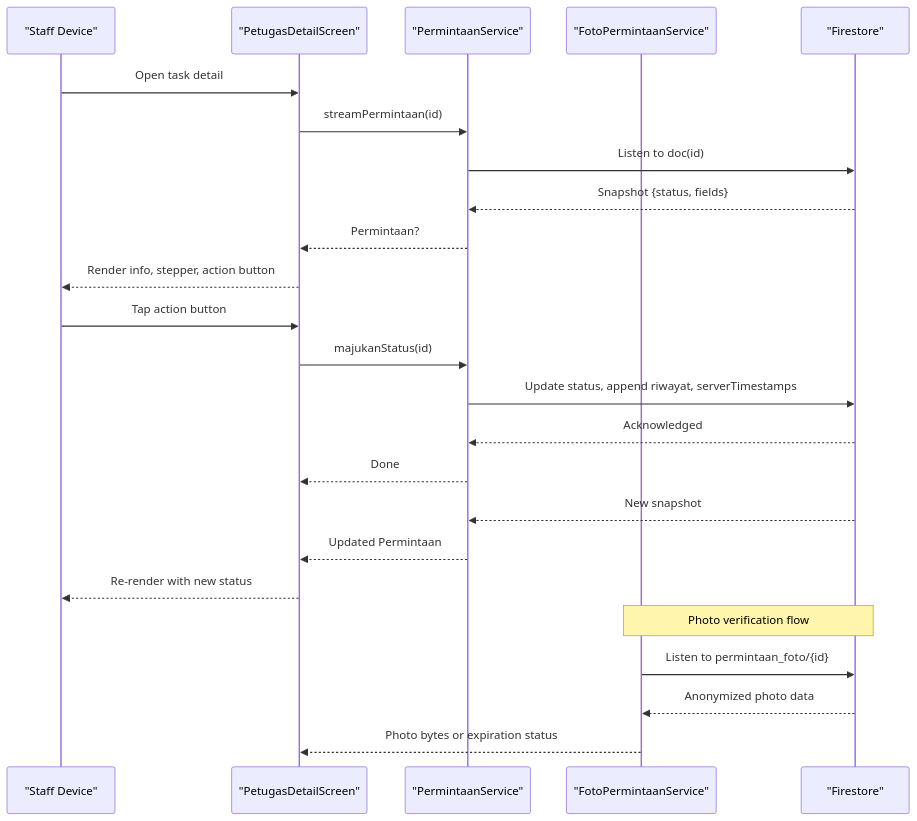
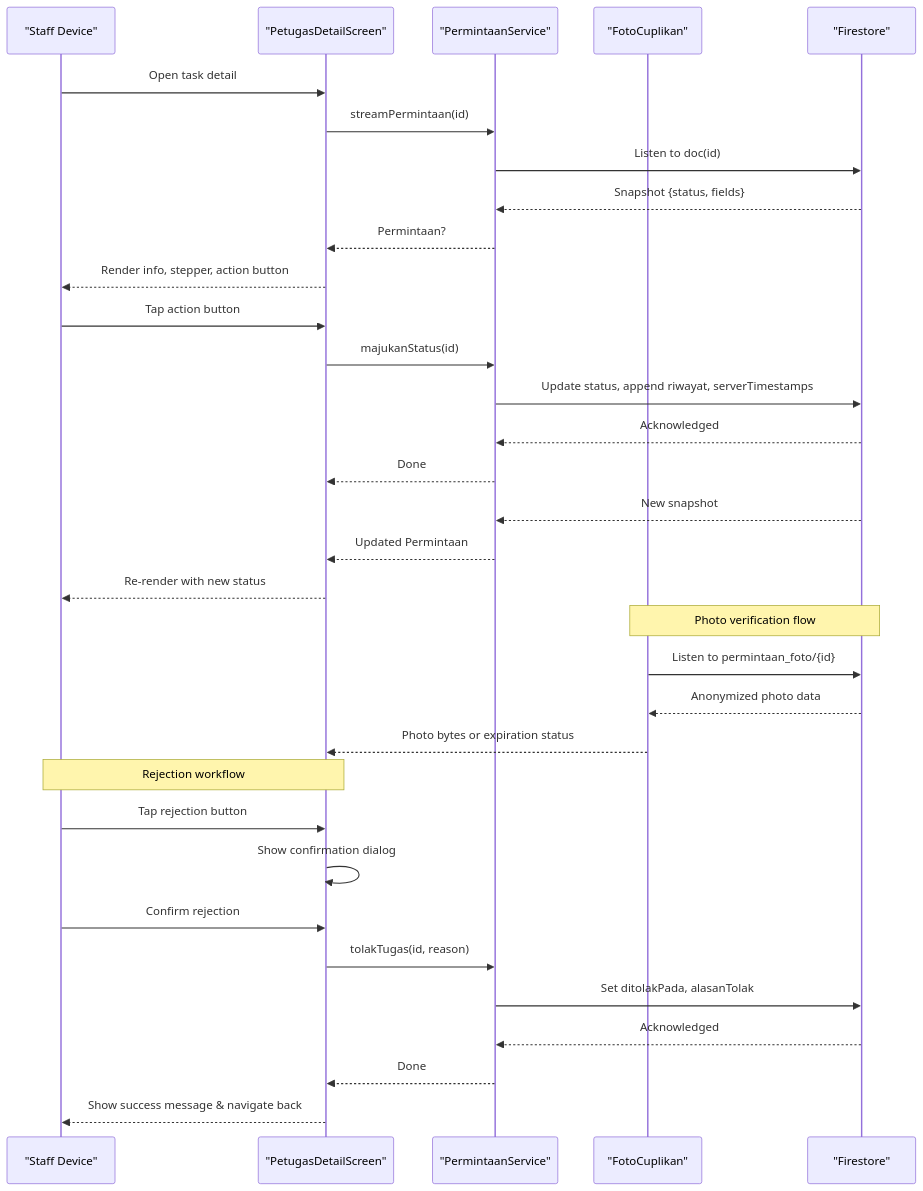
The second of 8 diagrams in .qoder/repowiki/en/content/Mobile Application/Staff Workflow/Task Detail Screen.md (rdsarjito/whoosh-ramah), drawn with Mermaid before and after one commit. The commit also changed other lines of this file and 18 other files, not shown here.

````diff
--- a/.qoder/repowiki/en/content/Mobile Application/Staff Workflow/Task Detail Screen.md
+++ b/.qoder/repowiki/en/content/Mobile Application/Staff Workflow/Task Detail Screen.md
@@ -115,26 +121,35 @@
 ```mermaid
 sequenceDiagram
 participant Staff as "Staff Device"
 participant UI as "PetugasDetailScreen"
 participant Service as "PermintaanService"
-participant PhotoService as "FotoPermintaanService"
+participant PhotoWidget as "FotoCuplikan"
 participant DB as "Firestore"
 Staff->>UI : Open task detail
 UI->>Service : streamPermintaan(id)
 Service->>DB : Listen to doc(id)
 DB-->>Service : Snapshot {status, fields}
 Service-->>UI : Permintaan?
 UI-->>Staff : Render info, stepper, action button
 Staff->>UI : Tap action button
 UI->>Service : majukanStatus(id)
 Service->>DB : Update status, append riwayat, serverTimestamps
 DB-->>Service : Acknowledged
 Service-->>UI : Done
 DB-->>Service : New snapshot
 Service-->>UI : Updated Permintaan
 UI-->>Staff : Re-render with new status
-Note over PhotoService,DB : Photo verification flow
-PhotoService->>DB : Listen to permintaan_foto/{id}
-DB-->>PhotoService : Anonymized photo data
-PhotoService-->>UI : Photo bytes or expiration status
+Note over PhotoWidget,DB : Photo verification flow
+PhotoWidget->>DB : Listen to permintaan_foto/{id}
+DB-->>PhotoWidget : Anonymized photo data
+PhotoWidget-->>UI : Photo bytes or expiration status
+Note over Staff,UI : Rejection workflow
+Staff->>UI : Tap rejection button
+UI->>UI : Show confirmation dialog
+Staff->>UI : Confirm rejection
+UI->>Service : tolakTugas(id, reason)
+Service->>DB : Set ditolakPada, alasanTolak
+DB-->>Service : Acknowledged
+Service-->>UI : Done
+UI-->>Staff : Show success message & navigate back
 ```
````
